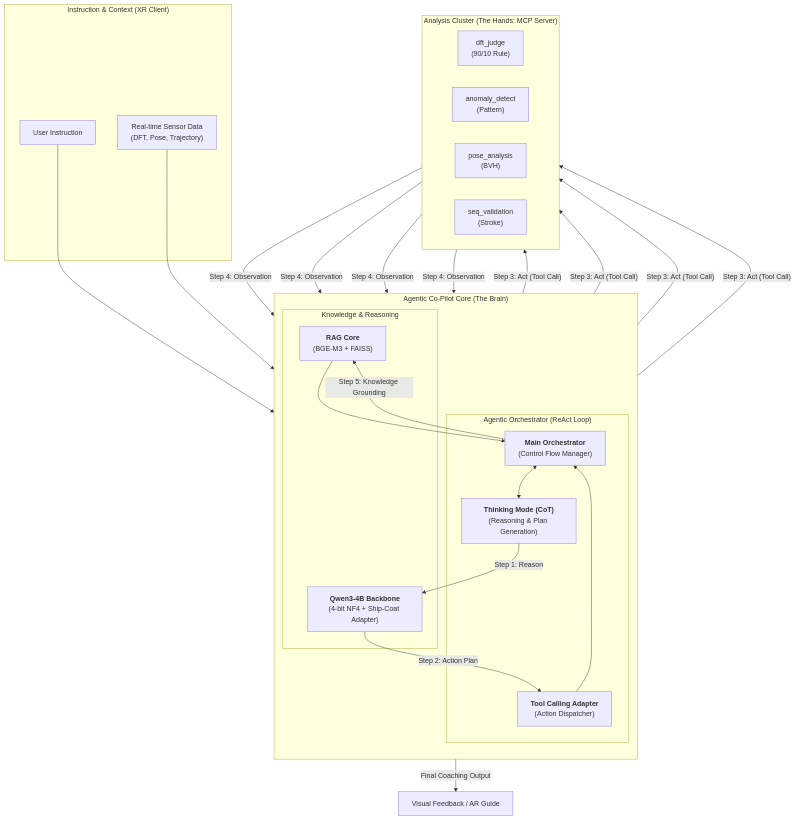
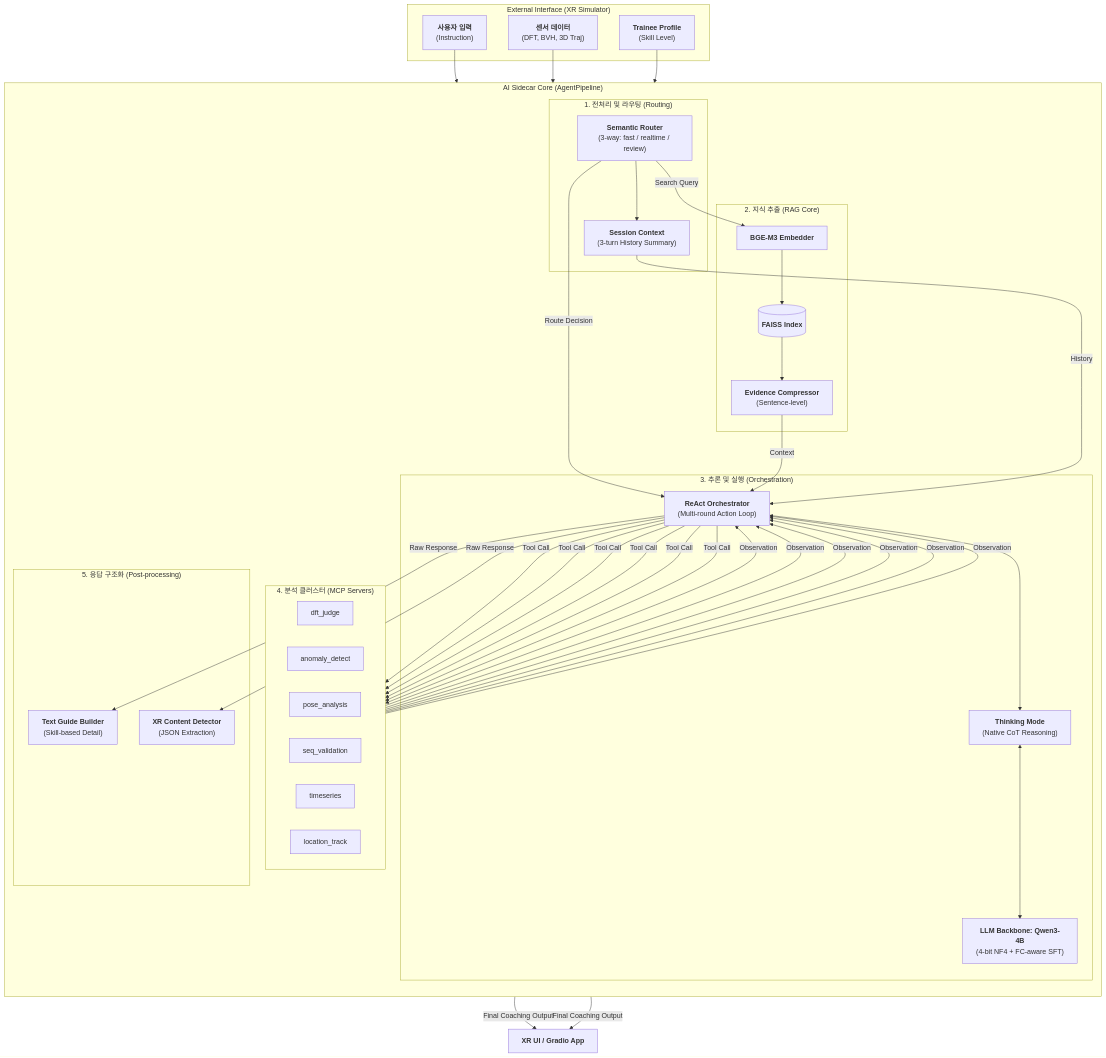
One commit to KETI88-DEV/sprayxr-copilot-server changed the diagram in FINAL_INTEGRATED_PRD.md. Above: the diagram before and after it, drawn with Mermaid. The commit also changed other lines of this file and 12 other files, not shown here.

Commit message:
Bug fixes & Implement Web demo, Semantic Router, etc.

````diff
--- a/FINAL_INTEGRATED_PRD.md
+++ b/FINAL_INTEGRATED_PRD.md
@@ -22,47 +18,62 @@
 ```mermaid
-graph TD
-    subgraph "Instruction & Context (XR Client)"
-        USER["User Instruction"]
-        SENSOR["Real-time Sensor Data<br/>(DFT, Pose, Trajectory)"]
+graph TB
+    subgraph "External Interface (XR Simulator)"
+        USER["<b>사용자 입력</b><br/>(Instruction)"]
+        SENSOR["<b>센서 데이터</b><br/>(DFT, BVH, 3D Traj)"]
+        PROFILE["<b>Trainee Profile</b><br/>(Skill Level)"]
     end
 
-    subgraph "Agentic Co-Pilot Core (The Brain)"
+    subgraph "AI Sidecar Core (AgentPipeline)"
         direction TB
         
-        subgraph "Agentic Orchestrator (ReAct Loop)"
-            ORCH["<b>Main Orchestrator</b><br/>(Control Flow Manager)"]
-            THINK["<b>Thinking Mode (CoT)</b><br/>(Reasoning & Plan Generation)"]
-            ADAPTER["<b>Tool Calling Adapter</b><br/>(Action Dispatcher)"]
+        subgraph "1. 전처리 및 라우팅 (Routing)"
+            ROUTER["<b>Semantic Router</b><br/>(3-way: fast / realtime / review)"]
+            CTX["<b>Session Context</b><br/>(3-turn History Summary)"]
         end
 
-        subgraph "Knowledge & Reasoning"
-            RAG["<b>RAG Core</b><br/>(BGE-M3 + FAISS)"]
-            LLM["<b>Qwen3-4B Backbone</b><br/>(4-bit NF4 + Ship-Coat Adapter)"]
+        subgraph "2. 지식 추출 (RAG Core)"
+            EMBED["<b>BGE-M3 Embedder</b>"]
+            FAISS[("<b>FAISS Index</b>")]
+            COMPRESS["<b>Evidence Compressor</b><br/>(Sentence-level)"]
+        end
+
+        subgraph "3. 추론 및 실행 (Orchestration)"
+            ORCH["<b>ReAct Orchestrator</b><br/>(Multi-round Action Loop)"]
+            THINK["<b>Thinking Mode</b><br/>(Native CoT Reasoning)"]
+            LLM["<b>LLM Backbone: Qwen3-4B</b><br/>(4-bit NF4 + FC-aware SFT)"]
+        end
+
+        subgraph "4. 분석 클러스터 (MCP Servers)"
+            direction LR
+            DFT["dft_judge"]
+            ANOM["anomaly_detect"]
+            POSE["pose_analysis"]
+            SEQ["seq_validation"]
+            TS["timeseries"]
+            LOC["location_track"]
+        end
+
+        subgraph "5. 응답 구조화 (Post-processing)"
+            GUIDE["<b>Text Guide Builder</b><br/>(Skill-based Detail)"]
+            XR_DET["<b>XR Content Detector</b><br/>(JSON Extraction)"]
         end
     end
 
-    subgraph "Analysis Cluster (The Hands: MCP Server)"
-        direction LR
-        DFT["dft_judge<br/>(90/10 Rule)"]
-        ANOMALY["anomaly_detect<br/>(Pattern)"]
-        POSE["pose_analysis<br/>(BVH)"]
-        SEQ["seq_validation<br/>(Stroke)"]
-    end
-
-    %% ReAct Loop Process
-    USER --> ORCH
-    SENSOR --> ORCH
+    %% 연결 로직
+    USER & SENSOR & PROFILE --> ROUTER
+    ROUTER --> CTX
+    ROUTER -- "Search Query" --> EMBED
+    EMBED --> FAISS --> COMPRESS
+    
+    ROUTER -- "Route Decision" --> ORCH
+    COMPRESS -- "Context" --> ORCH
+    CTX -- "History" --> ORCH
     
     ORCH <--> THINK
-    THINK -- "Step 1: Reason" --> LLM
-    LLM -- "Step 2: Action Plan" --> ADAPTER
+    THINK <--> LLM
+    ORCH -- "Tool Call" --> DFT & ANOM & POSE & SEQ & TS & LOC
+    DFT & ANOM & POSE & SEQ & TS & LOC -- "Observation" --> ORCH
     
-    ADAPTER -- "Step 3: Act (Tool Call)" --> DFT & ANOMALY & POSE & SEQ
-    DFT & ANOMALY & POSE & SEQ -- "Step 4: Observation" --> ADAPTER
-    
-    ADAPTER --> ORCH
-    ORCH -- "Step 5: Knowledge Grounding" --> RAG
-    RAG --> ORCH
-    
-    ORCH -- "Final Coaching Output" --> UI["Visual Feedback / AR Guide"]
+    ORCH -- "Raw Response" --> GUIDE & XR_DET
+    GUIDE & XR_DET -- "Final Coaching Output" --> UI["<b>XR UI / Gradio App</b>"]
 ```
````
